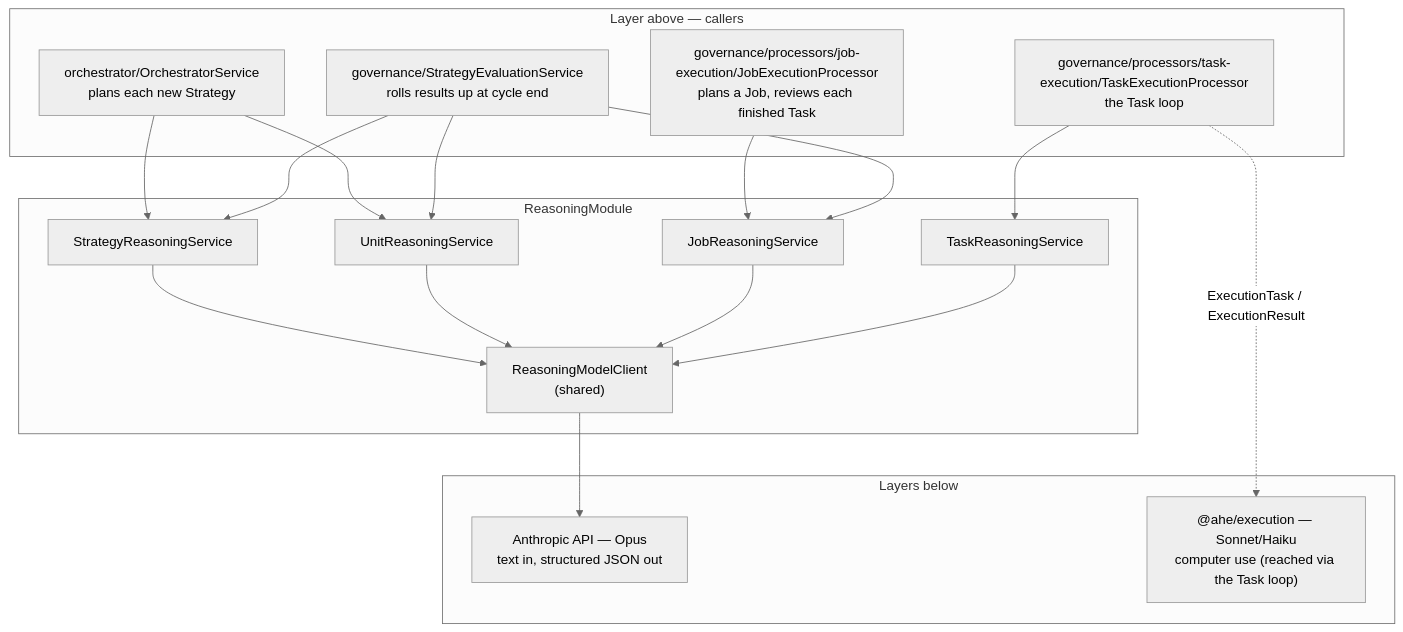
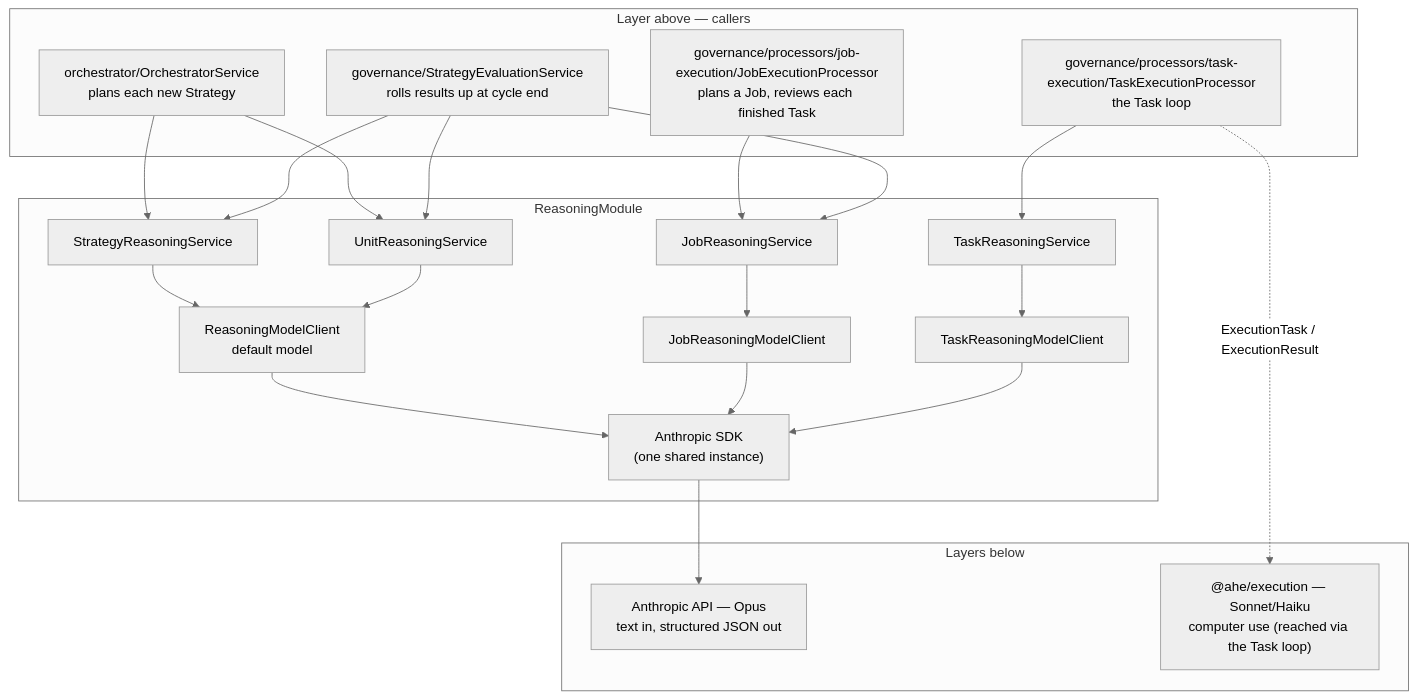
The first of 5 diagrams in packages/backend/src/reasoning/tech-spec.md (BaraaSoft/agentcores), drawn with Mermaid (neutral theme) before and after one commit. The commit also changed other lines of this file and 11 other files, not shown here.

First line of the commit message:
Implement reasoning model configuration and enhance reasoning module

````diff
--- a/packages/backend/src/reasoning/tech-spec.md
+++ b/packages/backend/src/reasoning/tech-spec.md
@@ -21,30 +23,36 @@
 ```mermaid
 flowchart TB
     subgraph Above["Layer above — callers"]
         Orch["orchestrator/OrchestratorService<br/>plans each new Strategy"]
         JobExec["governance/processors/job-execution/JobExecutionProcessor<br/>plans a Job, reviews each finished Task"]
         Evaluation["governance/StrategyEvaluationService<br/>rolls results up at cycle end"]
         TaskExec["governance/processors/task-execution/TaskExecutionProcessor<br/>the Task loop"]
     end
 
     subgraph Reasoning["ReasoningModule"]
         S["StrategyReasoningService"]
         U["UnitReasoningService"]
         J["JobReasoningService"]
         T["TaskReasoningService"]
-        Client["ReasoningModelClient<br/>(shared)"]
-        S & U & J & T --> Client
+        Client["ReasoningModelClient<br/>default model"]
+        JClient["JobReasoningModelClient"]
+        TClient["TaskReasoningModelClient"]
+        SDK["Anthropic SDK<br/>(one shared instance)"]
+        S & U --> Client
+        J --> JClient
+        T --> TClient
+        Client & JClient & TClient --> SDK
     end
 
     subgraph Below["Layers below"]
         Anthropic["Anthropic API — Opus<br/>text in, structured JSON out"]
         Execution["@ahe/execution — Sonnet/Haiku<br/>computer use (reached via the Task loop)"]
     end
 
     Orch --> S & U
     JobExec --> J
     Evaluation --> J & U & S
     TaskExec --> T
-    Client --> Anthropic
+    SDK --> Anthropic
     TaskExec -. "ExecutionTask / ExecutionResult" .-> Execution
 ```
````
